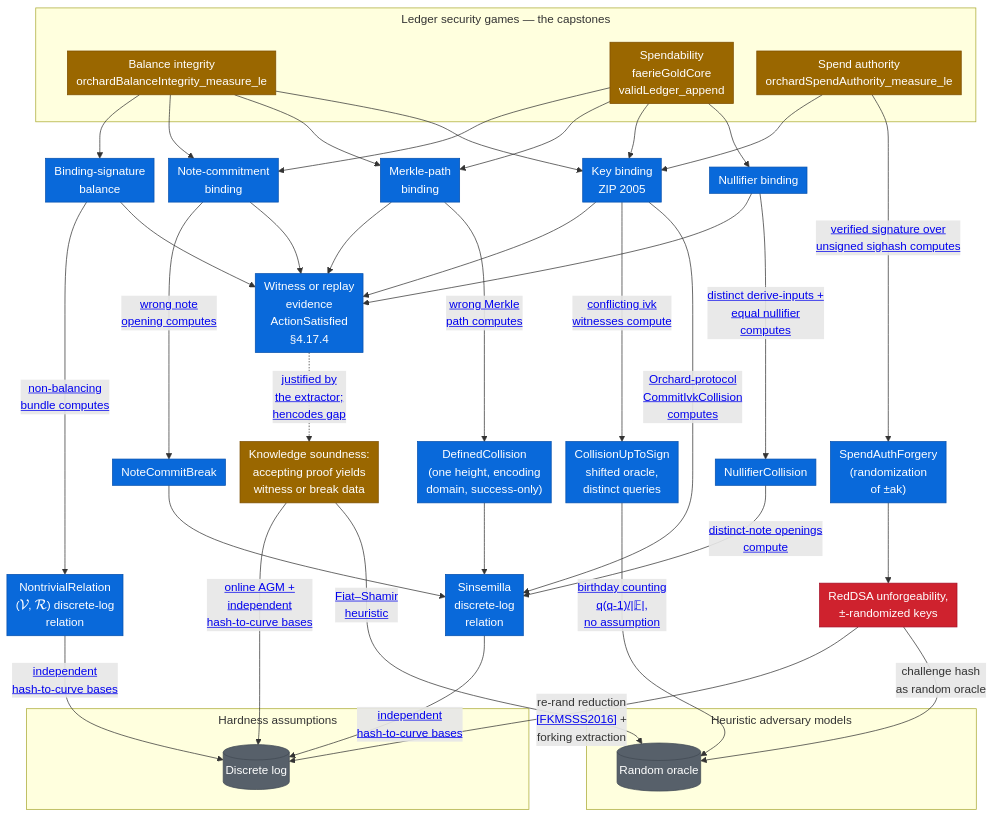
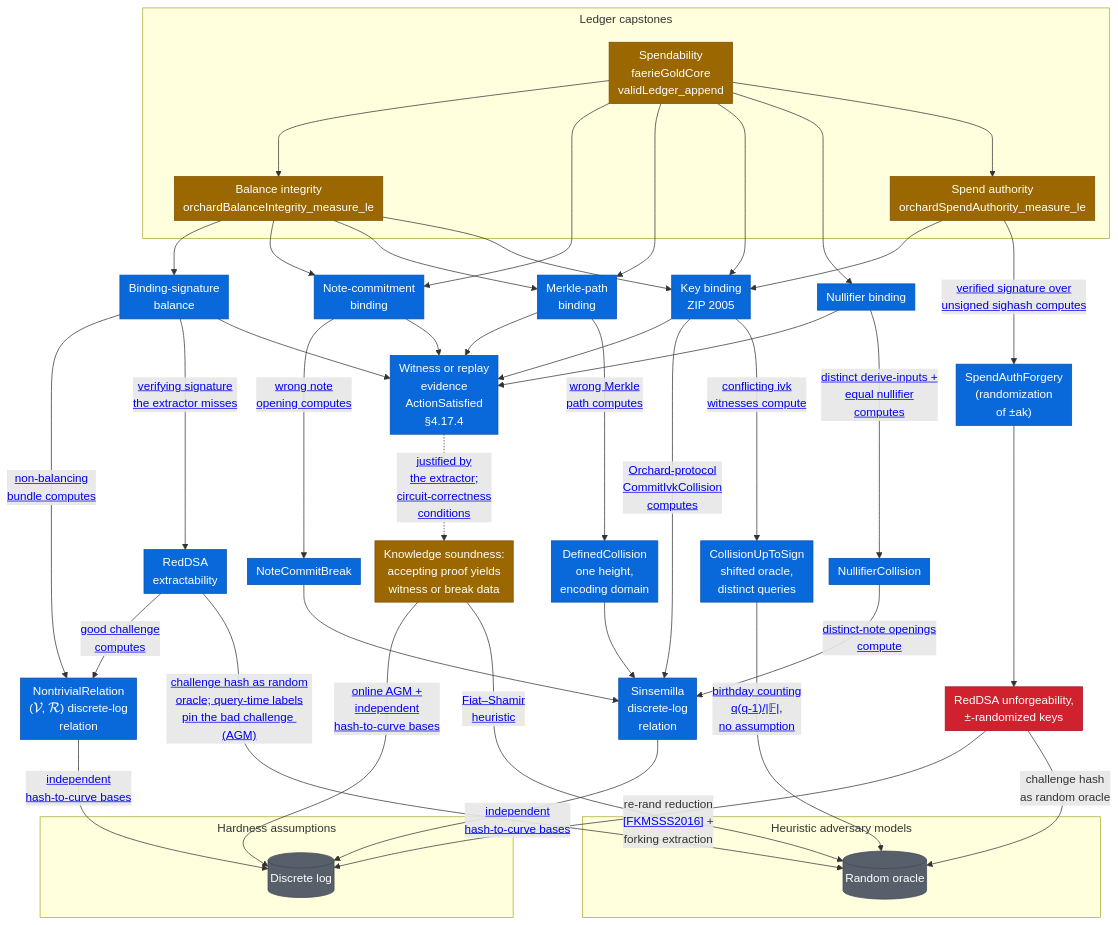
The diagram in book/src/formal-verification/security-definitions.md (daira/ironwood), drawn with Mermaid before and after one commit. The commit also changed other lines of this file, not shown here.

````diff
--- a/book/src/formal-verification/security-definitions.md
+++ b/book/src/formal-verification/security-definitions.md
@@ -30,7 +30,7 @@
 ```mermaid
 %%{init: {"flowchart": {"nodeSpacing": 20, "rankSpacing": 50, "padding": 6, "diagramPadding": 4, "subGraphTitleMargin": {"top": 4, "bottom": 18}}, "themeCSS": ".cluster-label { font-weight: 700; font-size: 1.1em; font-family: raleway, sans-serif; }"}}%%
 flowchart TD
-  subgraph GAMES["Ledger security games — the capstones"]
+  subgraph GAMES["Ledger capstones"]
     BAL["Balance integrity<br/>orchardBalanceIntegrity_measure_le"]
     SPEND["Spendability<br/>faerieGoldCore<br/>validLedger_append"]
     SPENDAUTH["Spend authority<br/>orchardSpendAuthority_measure_le"]
@@ -40,10 +40,12 @@
   BAL --> NCB["Note-commitment<br/>binding"]
   BAL --> MERK["Merkle-path<br/>binding"]
   BAL --> KB["Key binding<br/>ZIP 2005"]
-  SPEND --> NCB
-  SPEND --> MERK
-  SPEND --> KB
-  SPEND --> NFB["Nullifier binding"]
+  SPEND --> BAL
+  SPEND ---> NCB
+  SPEND ---> MERK
+  SPEND ---> KB
+  SPEND ---> NFB["Nullifier binding"]
+  SPEND ---> SPENDAUTH
   SPENDAUTH --> KB
 
   subgraph ASSUMPTIONS["Hardness assumptions"]
@@ -55,21 +57,24 @@
   end
 
   BS --->|"<a target='_blank' href='https://github.com/zcash/ironwood/blob/main/Zcash/Security/BindingSignature/Balance.lean'>non-balancing<br/>bundle computes</a>"| NDLR["NontrivialRelation<br/>(<span class='katex'><span class='mord mathcal'>V</span></span>,&nbsp;<span class='katex'><span class='mord mathcal'>R</span></span>) discrete-log<br/>relation"]
+  BS --->|"<a target='_blank' href='https://github.com/zcash/ironwood/blob/main/Zcash/Security/Ledger/ExtractionArm.lean'>verifying signature<br/>the extractor misses</a>"| KERR["RedDSA<br/>extractability"]
   BS --> STMT["Witness or replay<br/>evidence<br/>ActionSatisfied<br/>§4.17.4"]
   NCB --->|"<a target='_blank' href='https://github.com/zcash/ironwood/blob/main/Zcash/Security/Ledger/Statement.lean'>wrong note<br/>opening computes</a>"| NCBK["NoteCommitBreak"]
   NCB --> STMT
   MERK --> STMT
-  MERK --->|"<a target='_blank' href='https://github.com/zcash/ironwood/blob/main/Zcash/Security/Ledger/Merkle.lean'>wrong Merkle<br/>path computes</a>"| MC["DefinedCollision<br/>(one height, encoding<br/>domain, success-only)"]
+  MERK --->|"<a target='_blank' href='https://github.com/zcash/ironwood/blob/main/Zcash/Security/Ledger/Merkle.lean'>wrong Merkle<br/>path computes</a>"| MC["DefinedCollision<br/>one height,<br/>encoding domain"]
   KB --> STMT
+  KB --->|"<a target='_blank' href='https://github.com/zcash/ironwood/blob/main/Zcash/Security/Ledger/KeyBindingDLR.lean'>Orchard-protocol<br/>CommitIvkCollision<br/>computes</a>"| SDLR
   KB --->|"<a target='_blank' href='https://github.com/zcash/ironwood/blob/main/Zcash/Security/KeyBinding/Basic.lean'>conflicting ivk<br/>witnesses compute</a>"| CUS["CollisionUpToSign<br/>shifted oracle,<br/>distinct queries"]
-  KB --->|"<a target='_blank' href='https://github.com/zcash/ironwood/blob/main/Zcash/Security/Ledger/KeyBindingDLR.lean'>Orchard-protocol<br/>CommitIvkCollision<br/>computes</a>"| SDLR
   NFB --> STMT
   NFB --->|"<a target='_blank' href='https://github.com/zcash/ironwood/blob/main/Zcash/Security/Ledger/Spendability.lean'>distinct derive-inputs +<br/>equal nullifier<br/>computes</a>"| NFC["NullifierCollision"]
   SPENDAUTH --->|"<a target='_blank' href='https://github.com/zcash/ironwood/blob/main/Zcash/Security/Ledger/SpendAuthority.lean'>verified signature over<br/>unsigned sighash computes</a>"| SAF["SpendAuthForgery<br/>(randomization<br/>of ±ak)"]
 
-  STMT -. "<a target='_blank' href='https://github.com/zcash/ironwood/blob/main/Zcash/Snark/Soundness/Composition/Bridge.lean'>justified by<br/>the extractor;<br/>hencodes gap</a>" .-> KS["Knowledge soundness:<br/>accepting proof yields<br/>witness or break data"]
+  STMT -. "<a target='_blank' href='https://github.com/zcash/ironwood/blob/main/Zcash/Snark/Soundness/Composition/Bridge.lean'>justified by<br/>the extractor;<br/>circuit-correctness<br/>conditions</a>" .-> KS["Knowledge soundness:<br/>accepting proof yields<br/>witness or break data"]
   NCBK --> SDLR["Sinsemilla<br/>discrete-log<br/>relation"]
 
+  KERR -->|"<a target='_blank' href='https://github.com/zcash/ironwood/blob/main/Zcash/Security/RedDSA/Extraction.lean'>good challenge<br/>computes</a>"| NDLR
+  KERR --->|"<a target='_blank' href='https://github.com/zcash/ironwood/blob/main/Zcash/Security/RedDSA/KnowledgeError.lean'>challenge hash as random<br/>oracle; query-time labels<br/>pin the bad challenge (AGM)</a>"| ROM
   NDLR -->|"<a target='_blank' href='https://github.com/zcash/ironwood/blob/main/Zcash/Snark/Soundness/AGM/BindingSignature.lean'>independent<br/>hash-to-curve bases</a>"| DL
   SDLR -->|"<a target='_blank' href='https://github.com/zcash/ironwood/blob/main/Zcash/Snark/Soundness/AGM/BindingSignature.lean'>independent<br/>hash-to-curve bases</a>"| DL
   KS --->|"<a target='_blank' href='https://github.com/zcash/ironwood/blob/main/Zcash/Circuits/Integration/AdaptiveActionEvent.lean'>online AGM +<br/>independent<br/>hash-to-curve bases</a>"| DL
@@ -77,7 +82,7 @@
   MC --> SDLR
   CUS --->|"<a target='_blank' href='https://github.com/zcash/ironwood/blob/main/Zcash/Security/Common/Birthday.lean'>birthday counting<br/>q(q-1)/|𝔽|,<br/>no assumption</a>"| ROM
   NFC -->|"<a target='_blank' href='https://github.com/zcash/ironwood/blob/main/Zcash/Security/Ledger/Nullifier.lean'>distinct-note openings<br/>compute</a>"| SDLR
-  SAF --> RDSA["RedDSA unforgeability,<br/>±-randomized keys"]
+  SAF ---> RDSA["RedDSA unforgeability,<br/>±-randomized keys"]
   RDSA -->|"re-rand reduction<br/><a target='_blank' href='https://eprint.iacr.org/2015/395'>[FKMSSS2016]</a> +<br/>forking extraction"| DL
   RDSA -->|"challenge hash<br/>as random oracle"| ROM
 
@@ -100,7 +105,8 @@
   click KS "https://github.com/zcash/ironwood/blob/main/Zcash/Snark/Soundness/KnowledgeSoundness.lean" _blank
   click DL "https://github.com/zcash/ironwood/blob/main/Zcash/Common/DiscreteLogRelation.lean" _blank
   click ROM "https://github.com/zcash/ironwood/blob/main/Zcash/Security/Common/RandomOracle.lean" _blank
-  click RDSA "https://github.com/zcash/ironwood/issues/22" _blank
+  click KERR "https://github.com/zcash/ironwood/blob/main/Zcash/Security/Ledger/ExtractionKappaArm.lean" _blank
+  click RDSA "https://github.com/zcash/ironwood/issues/121" _blank
 
   classDef proven fill:#1a7f37,stroke:#116329,color:#ffffff
   classDef checked fill:#0969da,stroke:#0550ae,color:#ffffff
@@ -108,7 +114,7 @@
   classDef hyp fill:#cf222e,stroke:#a40e26,color:#ffffff
   classDef assumed fill:#57606a,stroke:#424a53,color:#ffffff
   class BAL,SPEND,SPENDAUTH,KS partial
-  class NCB,BS,KB,MERK,NFB,STMT,NDLR,CUS,NCBK,MC,NFC,SAF,SDLR checked
+  class NCB,BS,KB,MERK,NFB,STMT,NDLR,CUS,NCBK,MC,NFC,SAF,SDLR,KERR checked
   class RDSA hyp
   class DL,ROM assumed
 ```
````
